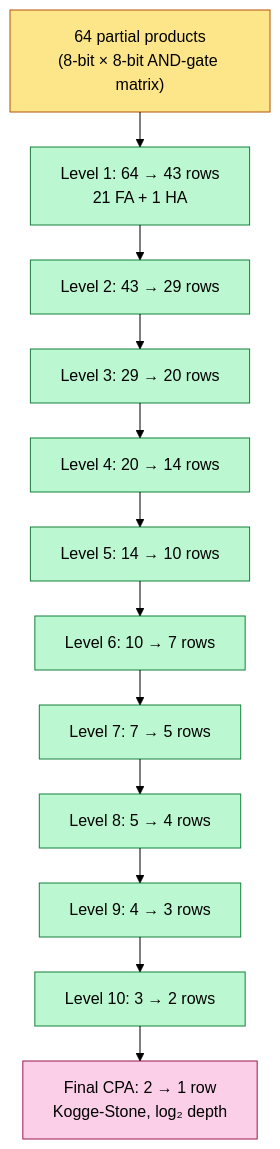
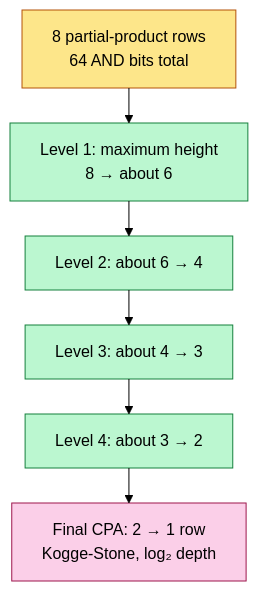
The third of 17 diagrams in L2_Digital_Design_for_AI/02_FP_Unit_Design.md (Wty2003328/ai_infra_intro), drawn with Mermaid (forest theme) before and after one commit. The commit also changed other lines of this file and 3 other files, not shown here.

````diff
--- a/L2_Digital_Design_for_AI/02_FP_Unit_Design.md
+++ b/L2_Digital_Design_for_AI/02_FP_Unit_Design.md
@@ -99,20 +285,14 @@
 ```mermaid
 %%{init: {"flowchart": {"defaultRenderer": "elk", "nodeSpacing": 60, "rankSpacing": 60, "htmlLabels": false}}}%%
 flowchart TB
-    PP["64 partial products<br/>(8-bit × 8-bit AND-gate matrix)"]:::pp
-    L1[Level 1: 64 → 43 rows<br/>21 FA + 1 HA]:::lv
-    L2[Level 2: 43 → 29 rows]:::lv
-    L3[Level 3: 29 → 20 rows]:::lv
-    L4[Level 4: 20 → 14 rows]:::lv
-    L5[Level 5: 14 → 10 rows]:::lv
-    L6[Level 6: 10 → 7 rows]:::lv
-    L7[Level 7: 7 → 5 rows]:::lv
-    L8[Level 8: 5 → 4 rows]:::lv
-    L9[Level 9: 4 → 3 rows]:::lv
-    L10[Level 10: 3 → 2 rows]:::lv
+    PP["8 partial-product rows<br/>64 AND bits total"]:::pp
+    L1["Level 1: maximum height<br/>8 → about 6"]:::lv
+    L2["Level 2: about 6 → 4"]:::lv
+    L3["Level 3: about 4 → 3"]:::lv
+    L4["Level 4: about 3 → 2"]:::lv
     CPA[Final CPA: 2 → 1 row<br/>Kogge-Stone, log₂ depth]:::cpa
-    PP --> L1 --> L2 --> L3 --> L4 --> L5 --> L6 --> L7 --> L8 --> L9 --> L10 --> CPA
+    PP --> L1 --> L2 --> L3 --> L4 --> CPA
     classDef pp fill:#fde68a,stroke:#b45309,color:#000
     classDef lv fill:#bbf7d0,stroke:#15803d,color:#000
     classDef cpa fill:#fbcfe8,stroke:#9d174d,color:#000
 ```
````
